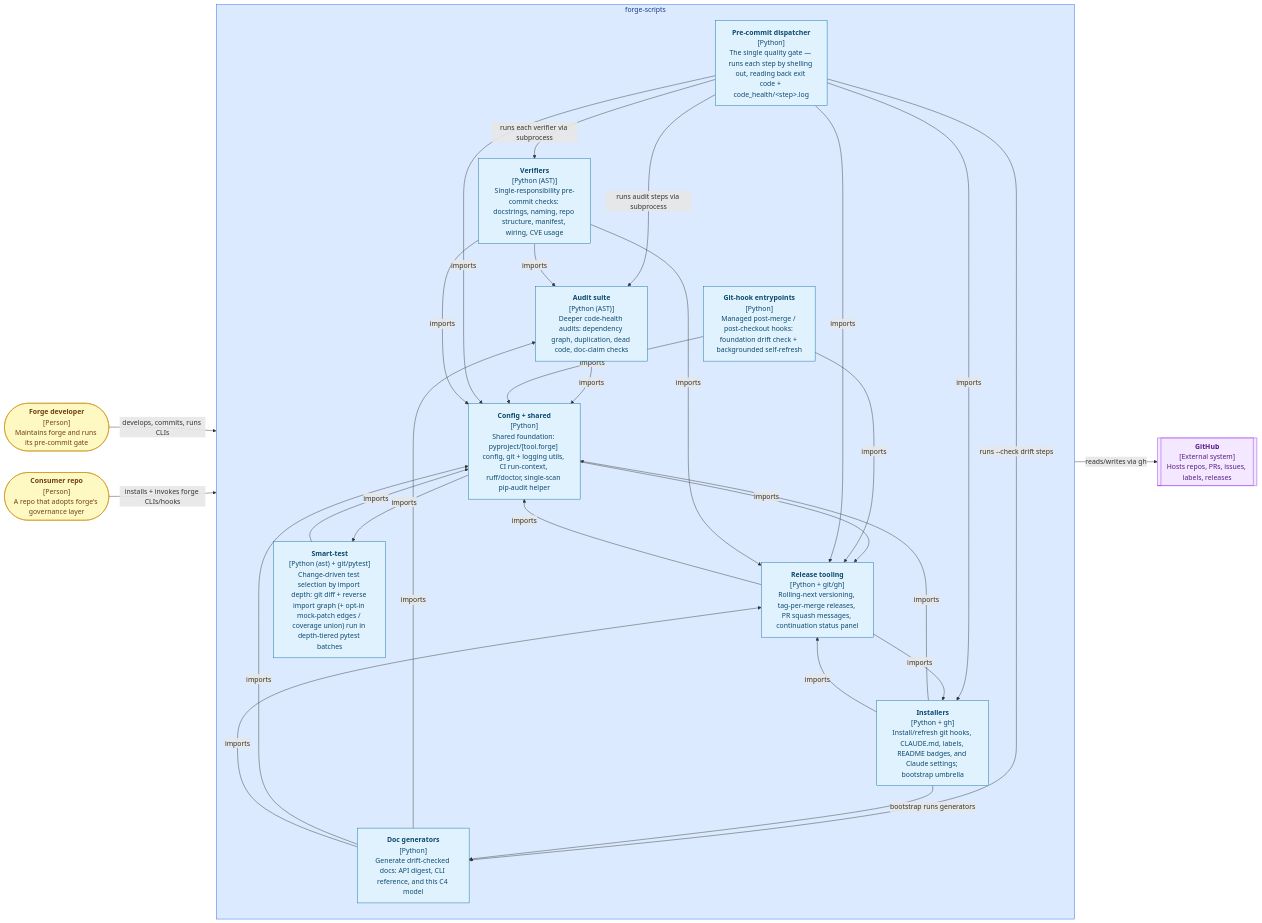
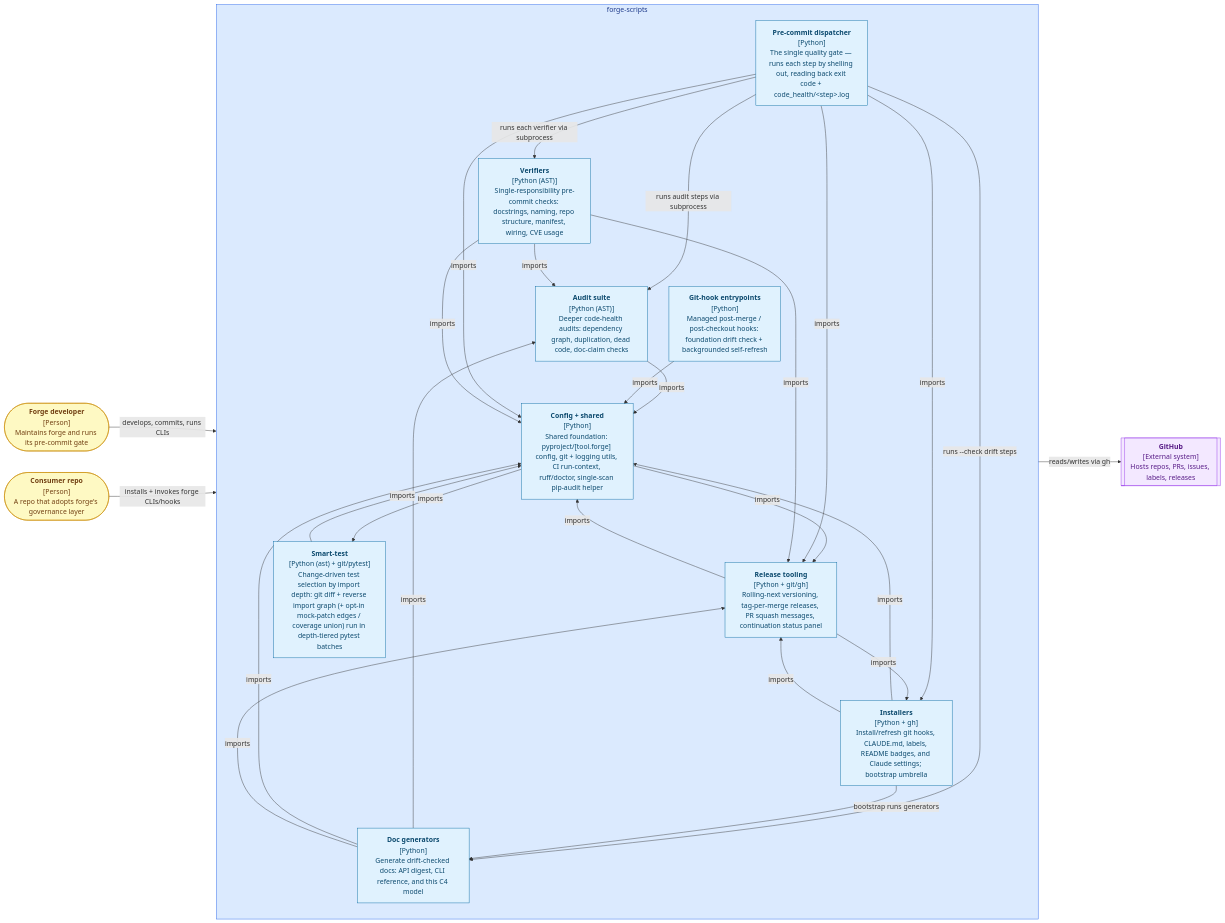
One commit to misnaej/forge changed the diagram in docs/architecture.md. Above: the diagram before and after it, drawn with Mermaid. The commit also changed 187 other files, not shown here.

````diff
--- a/docs/architecture.md
+++ b/docs/architecture.md
@@ -13,60 +13,59 @@
 ```mermaid
 graph LR
     forge_developer(["<b>Forge developer</b><br/>[Person]<br/>Maintains forge and runs its pre-commit gate"])
     consumer_repo(["<b>Consumer repo</b><br/>[Person]<br/>A repo that adopts forge's governance layer"])
     github[["<b>GitHub</b><br/>[External system]<br/>Hosts repos, PRs, issues, labels, releases"]]
     subgraph forge_scripts["forge-scripts"]
         pre_commit_dispatcher["<b>Pre-commit dispatcher</b><br/>[Python]<br/>The single quality gate — runs each step by shelling out, reading back exit code + code_health/&lt;step&gt;.log"]
         audit_suite["<b>Audit suite</b><br/>[Python (AST)]<br/>Deeper code-health audits: dependency graph, duplication, dead code, doc-claim checks"]
         verifiers["<b>Verifiers</b><br/>[Python (AST)]<br/>Single-responsibility pre-commit checks: docstrings, naming, repo structure, manifest, wiring, CVE usage"]
         installers["<b>Installers</b><br/>[Python + gh]<br/>Install/refresh git hooks, CLAUDE.md, labels, README badges, and Claude settings; bootstrap umbrella"]
         doc_generators["<b>Doc generators</b><br/>[Python]<br/>Generate drift-checked docs: API digest, CLI reference, and this C4 model"]
         git_hook_entrypoints["<b>Git-hook entrypoints</b><br/>[Python]<br/>Managed post-merge / post-checkout hooks: foundation drift check + backgrounded self-refresh"]
         release_tooling["<b>Release tooling</b><br/>[Python + git/gh]<br/>Rolling-next versioning, tag-per-merge releases, PR squash messages, continuation status panel"]
         smart_test["<b>Smart-test</b><br/>[Python (ast) + git/pytest]<br/>Change-driven test selection by import depth: git diff + reverse import graph (+ opt-in mock-patch edges / coverage union) run in depth-tiered pytest batches"]
         config_shared["<b>Config + shared</b><br/>[Python]<br/>Shared foundation: pyproject/[tool.forge] config, git + logging utils, CI run-context, ruff/doctor, single-scan pip-audit helper"]
     end
     forge_developer -->|"develops, commits, runs CLIs"| forge_scripts
     consumer_repo -->|"installs + invokes forge CLIs/hooks"| forge_scripts
     forge_scripts -->|"reads/writes via gh"| github
     pre_commit_dispatcher -->|"runs each verifier via subprocess"| verifiers
     pre_commit_dispatcher -->|"runs audit steps via subprocess"| audit_suite
     pre_commit_dispatcher -->|"runs --check drift steps"| doc_generators
     installers -->|"bootstrap runs generators"| doc_generators
     audit_suite -->|"imports"| config_shared
     config_shared -->|"imports"| release_tooling
     config_shared -->|"imports"| smart_test
     doc_generators -->|"imports"| audit_suite
     doc_generators -->|"imports"| config_shared
     doc_generators -->|"imports"| release_tooling
     git_hook_entrypoints -->|"imports"| config_shared
-    git_hook_entrypoints -->|"imports"| release_tooling
     installers -->|"imports"| config_shared
     installers -->|"imports"| release_tooling
     pre_commit_dispatcher -->|"imports"| config_shared
     pre_commit_dispatcher -->|"imports"| installers
     pre_commit_dispatcher -->|"imports"| release_tooling
     release_tooling -->|"imports"| config_shared
     release_tooling -->|"imports"| installers
     smart_test -->|"imports"| config_shared
     verifiers -->|"imports"| audit_suite
     verifiers -->|"imports"| config_shared
     verifiers -->|"imports"| release_tooling
     classDef component fill:#e0f2fe,stroke:#0369a1,color:#0c4a6e
     classDef container fill:#dbeafe,stroke:#2563eb,color:#1e3a8a
     classDef external fill:#f3e8ff,stroke:#9333ea,color:#581c87
     classDef person fill:#fef9c3,stroke:#ca8a04,color:#713f12
     class forge_developer person
     class consumer_repo person
     class github external
     class forge_scripts container
     class pre_commit_dispatcher component
     class audit_suite component
     class verifiers component
     class installers component
     class doc_generators component
     class git_hook_entrypoints component
     class release_tooling component
     class smart_test component
     class config_shared component
 ```
````
